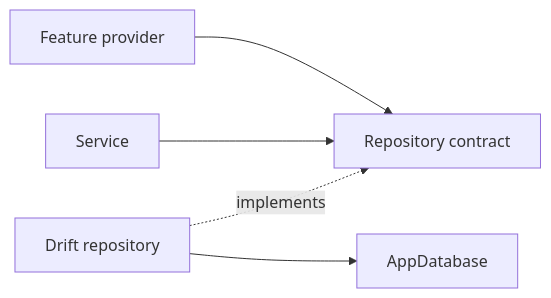
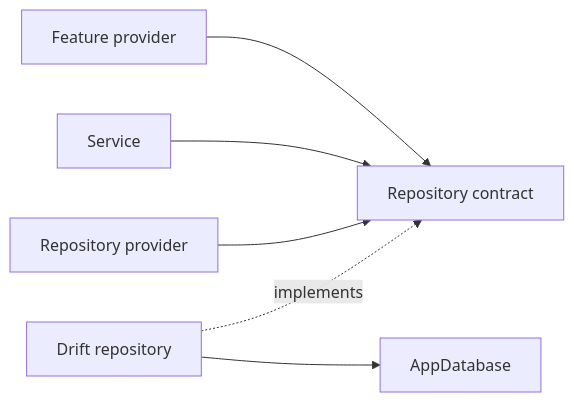
One commit to hunter-goller/Groovefolio changed the diagram in docs/architecture/repository-pattern.md. Above: the diagram before and after it, drawn with Mermaid. The commit also changed other lines of this file and 24 other files, not shown here.

````diff
--- a/docs/architecture/repository-pattern.md
+++ b/docs/architecture/repository-pattern.md
@@ -13,7 +15,8 @@
 ```mermaid
 flowchart LR
     Provider[Feature provider] --> Interface[Repository contract]
     Service[Service] --> Interface
+    DependencyProvider[Repository provider] --> Interface
     Implementation[Drift repository] -. implements .-> Interface
     Implementation --> Database[AppDatabase]
 ```
````
